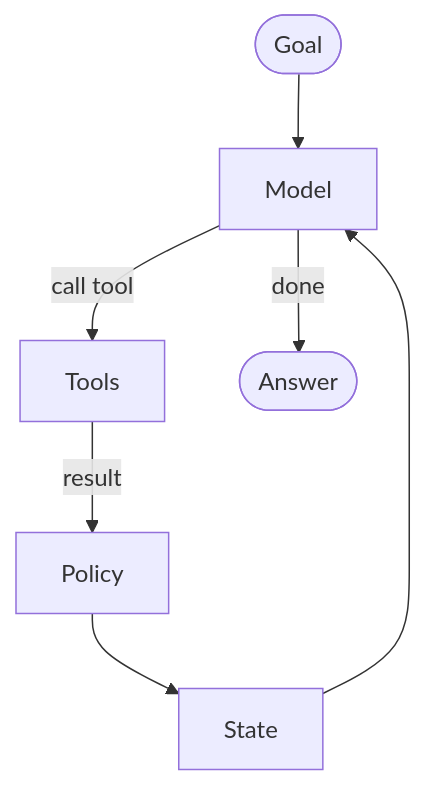
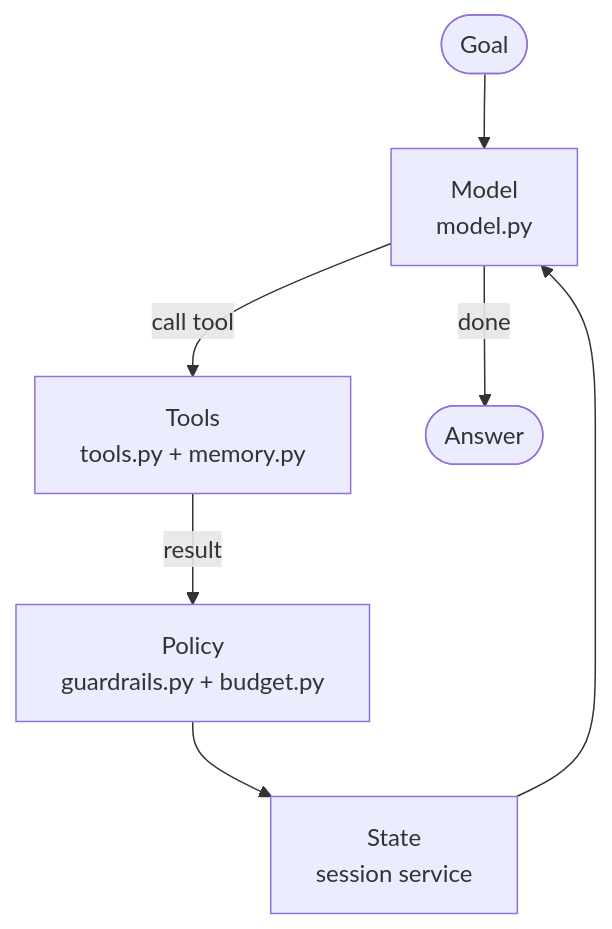
One commit to MLOps-Courses/agentops-open-course changed the first of 3 diagrams in docs/0. Overview/0.1. Agents.md. Above: the diagram before and after it, drawn with Mermaid. The commit also changed other lines of this file and 139 other files, not shown here.

````diff
--- a/docs/0. Overview/0.1. Agents.md
+++ b/docs/0. Overview/0.1. Agents.md
@@ -24,9 +33,9 @@
 ```mermaid
 flowchart TD
-    Goal([Goal]) --> Model
-    Model -->|call tool| Tools
-    Tools -->|result| Policy
-    Policy --> State
+    Goal([Goal]) --> Model["Model<br/>model.py"]
+    Model -->|call tool| Tools["Tools<br/>tools.py + memory.py"]
+    Tools -->|result| Policy["Policy<br/>guardrails.py + budget.py"]
+    Policy --> State["State<br/>session service"]
     State --> Model
     Model -->|done| Answer([Answer])
 ```
````
